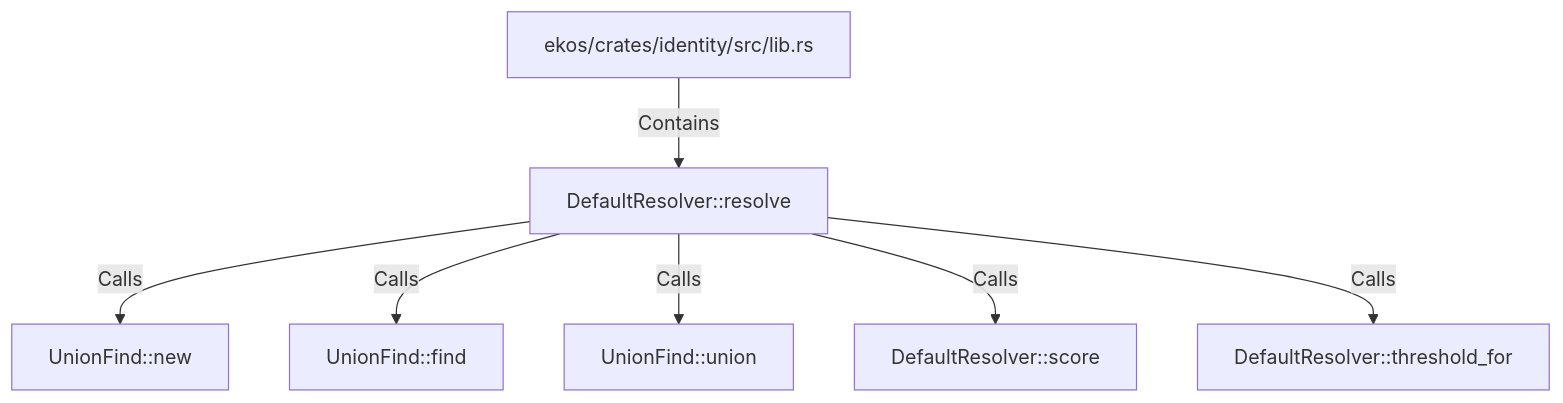
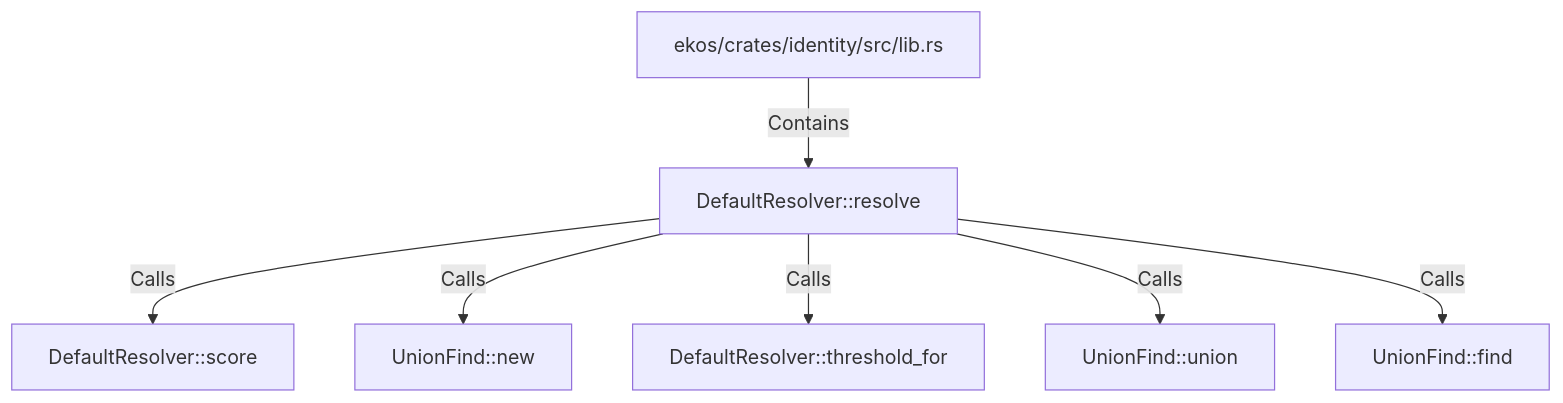
Before and after one commit to alexeyban/EKOS: the diagram in doc/entities/rustsymbol/de/defaultresolver-resolve.md, drawn with Mermaid. The commit also changed other lines of this file and 552 other files, not shown here.

````diff
--- a/doc/entities/rustsymbol/de/defaultresolver-resolve.md
+++ b/doc/entities/rustsymbol/de/defaultresolver-resolve.md
@@ -25,16 +25,16 @@
 ```mermaid
 graph TD
     n3372ccc3126352f488b9a8efc6cfa069["DefaultResolver::resolve"]
     nc958282a6d4250ab9cf98533976f0820["ekos/crates/identity/src/lib.rs"]
     nc958282a6d4250ab9cf98533976f0820 -->|Contains| n3372ccc3126352f488b9a8efc6cfa069
+    nbabffd19f87153c080bded8ef0920e33["DefaultResolver::score"]
+    n3372ccc3126352f488b9a8efc6cfa069 -->|Calls| nbabffd19f87153c080bded8ef0920e33
     n05a77ab3acf05cc3bd0147e0d0e8d612["UnionFind::new"]
     n3372ccc3126352f488b9a8efc6cfa069 -->|Calls| n05a77ab3acf05cc3bd0147e0d0e8d612
+    n49b695e3042f57e09d1af94a899ecc0b["DefaultResolver::threshold_for"]
+    n3372ccc3126352f488b9a8efc6cfa069 -->|Calls| n49b695e3042f57e09d1af94a899ecc0b
+    na78faae37f4c569995bfef8c6cf855a5["UnionFind::union"]
+    n3372ccc3126352f488b9a8efc6cfa069 -->|Calls| na78faae37f4c569995bfef8c6cf855a5
     n023832e4adcc5b45b48d5c2f435f0546["UnionFind::find"]
     n3372ccc3126352f488b9a8efc6cfa069 -->|Calls| n023832e4adcc5b45b48d5c2f435f0546
-    na78faae37f4c569995bfef8c6cf855a5["UnionFind::union"]
-    n3372ccc3126352f488b9a8efc6cfa069 -->|Calls| na78faae37f4c569995bfef8c6cf855a5
-    nbabffd19f87153c080bded8ef0920e33["DefaultResolver::score"]
-    n3372ccc3126352f488b9a8efc6cfa069 -->|Calls| nbabffd19f87153c080bded8ef0920e33
-    n49b695e3042f57e09d1af94a899ecc0b["DefaultResolver::threshold_for"]
-    n3372ccc3126352f488b9a8efc6cfa069 -->|Calls| n49b695e3042f57e09d1af94a899ecc0b
 ```
````
